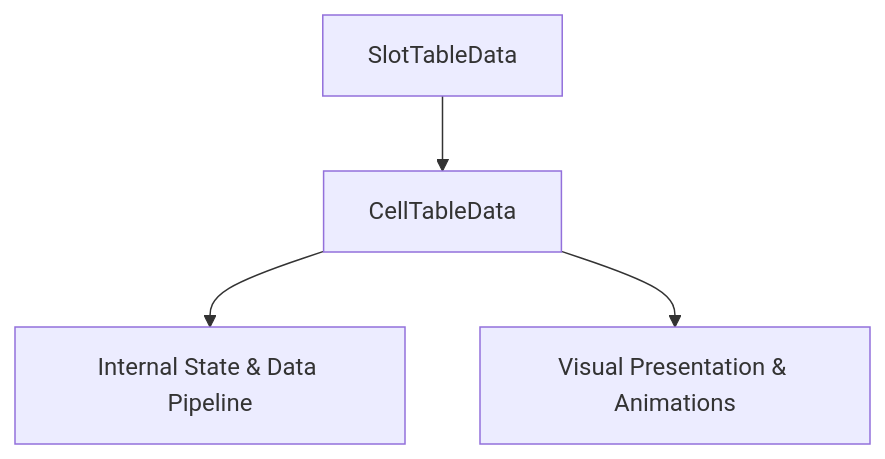
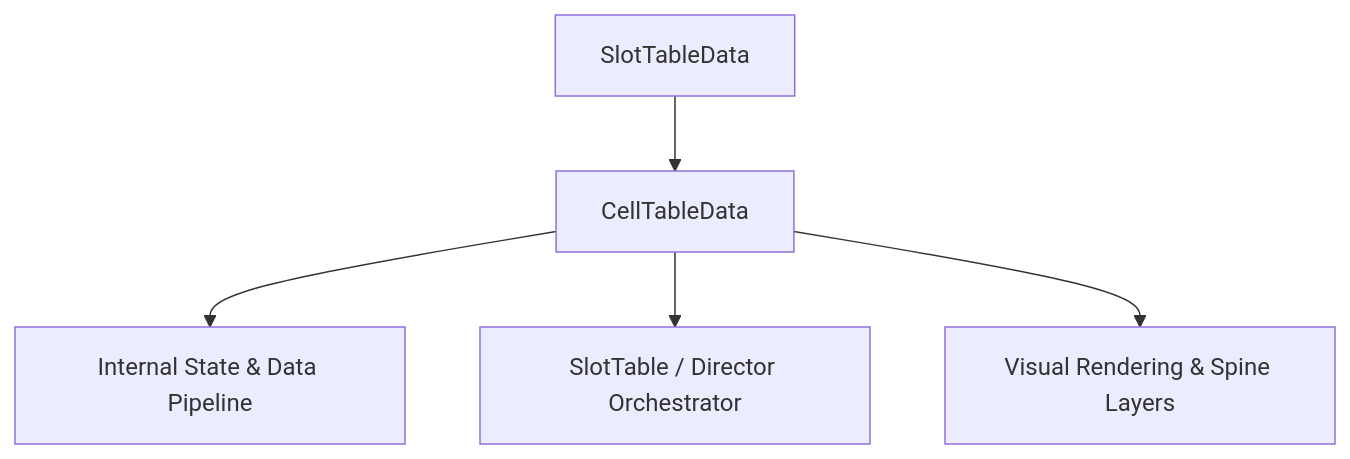
One commit to lam-ark/mcp-fwcc changed the diagram in docs/cc_slot_mechanics/modules/CellTableData/01_overview/01_architecture_and_role.md. Above: the diagram before and after it, drawn with Mermaid. The commit also changed other lines of this file and 2509 other files, not shown here.

````diff
--- a/docs/cc_slot_mechanics/modules/CellTableData/01_overview/01_architecture_and_role.md
+++ b/docs/cc_slot_mechanics/modules/CellTableData/01_overview/01_architecture_and_role.md
@@ -18,6 +24,7 @@
 ```mermaid
 graph TD
-    Parent[SlotTableData] --> Mod[CellTableData]
-    Mod --> State[Internal State & Data Pipeline]
-    Mod --> Render[Visual Presentation & Animations]
+    SuperClass[SlotTableData] --> TargetClass[CellTableData]
+    TargetClass --> DataPipeline[Internal State & Data Pipeline]
+    TargetClass --> Orchestrator[SlotTable / Director Orchestrator]
+    TargetClass --> ViewLayer[Visual Rendering & Spine Layers]
 ```
````
